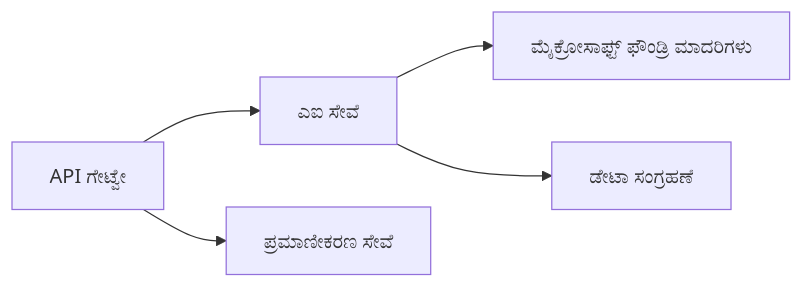
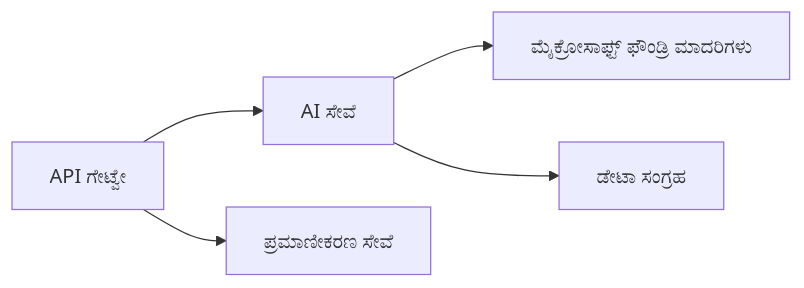
Before and after one commit to microsoft/AZD-for-beginners: the first of 2 diagrams in translations/kn/docs/chapter-08-production/README.md, drawn with Mermaid. The commit also changed other lines of this file and 104 other files, not shown here.

````diff
--- a/translations/kn/docs/chapter-08-production/README.md
+++ b/translations/kn/docs/chapter-08-production/README.md
@@ -48,6 +48,6 @@
 ```mermaid
 graph LR
-    Gateway[API ಗೇಟ್ವೇ] --> AI[ಎಐ ಸೇವೆ] --> Models[ಮೈಕ್ರೋಸಾಫ್ಟ್ ಫೌಂಡ್ರಿ ಮಾದರಿಗಳು]
+    Gateway[API ಗೇಟ್ವೇ] --> AI[AI ಸೇವೆ] --> Models[ಮೈಕ್ರೋಸಾಫ್ಟ್ ಫೌಂಡ್ರಿ ಮಾದರಿಗಳು]
     Gateway --> Auth[ಪ್ರಮಾಣೀಕರಣ ಸೇವೆ]
-    AI --> Data[ಡೇಟಾ ಸಂಗ್ರಹಣೆ]
+    AI --> Data[ಡೇಟಾ ಸಂಗ್ರಹ]
 ```
````
